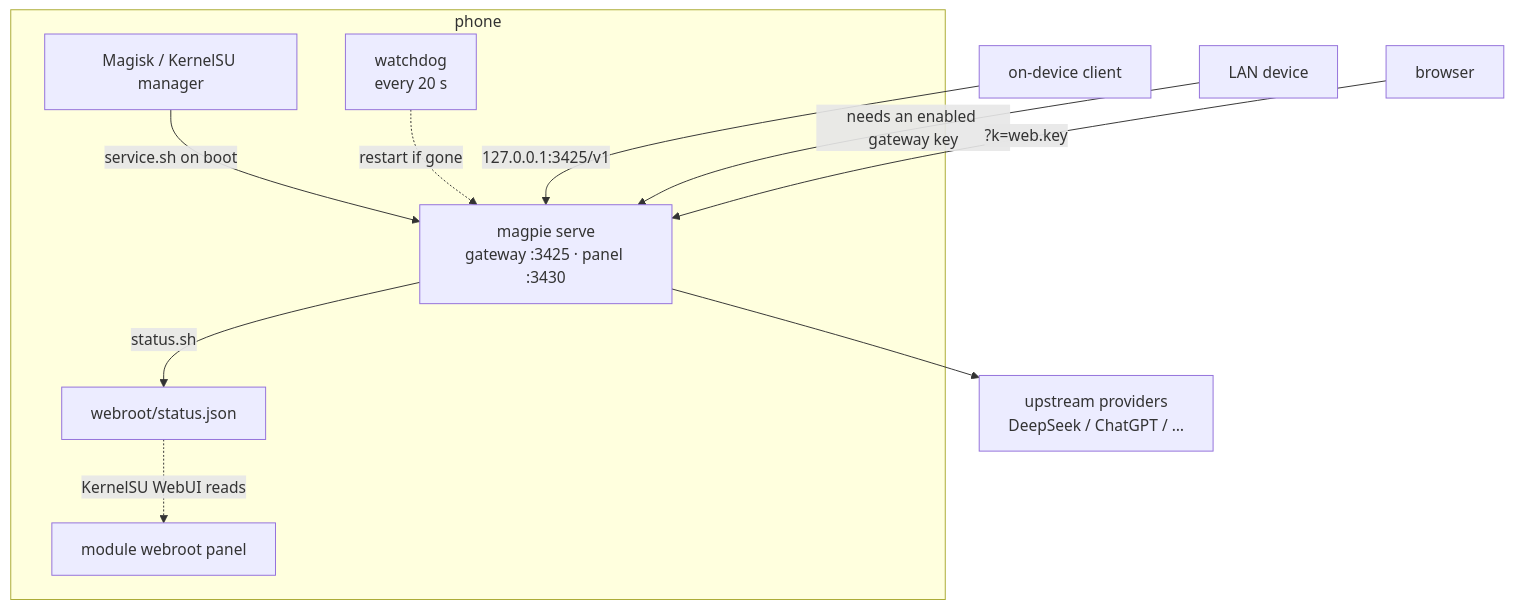
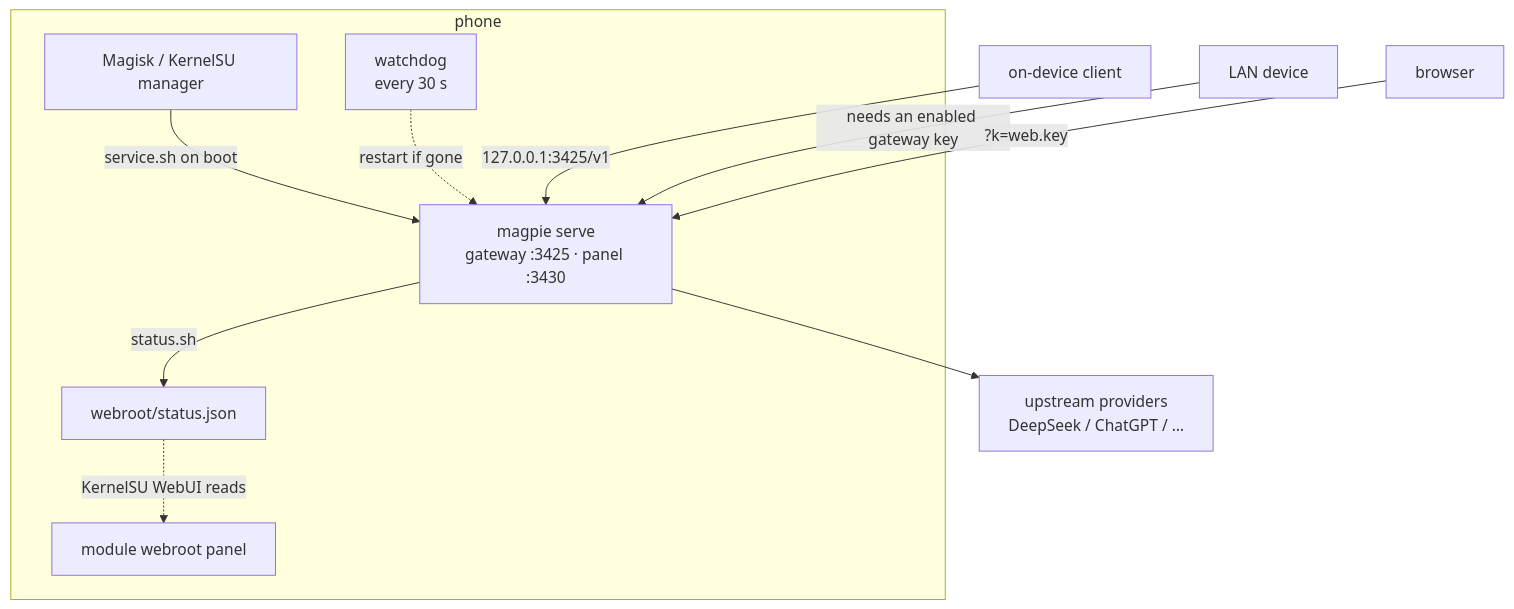
Before and after one commit to KANGKKKKKKK/magpie-magisk: the diagram in README_EN.md, drawn with Mermaid. The commit also changed other lines of this file and 23 other files, not shown here.

````diff
--- a/README_EN.md
+++ b/README_EN.md
@@ -540,13 +557,13 @@
 ```mermaid
 flowchart TD
   subgraph phone["phone"]
     MGR["Magisk / KernelSU manager"] -->|"service.sh on boot"| SVC["magpie serve<br/>gateway :3425 · panel :3430"]
-    WD["watchdog<br/>every 20 s"] -.->|"restart if gone"| SVC
+    WD["watchdog<br/>every 30 s"] -.->|"restart if gone"| SVC
     SVC -->|"status.sh"| SJ["webroot/status.json"]
     SJ -.->|"KernelSU WebUI reads"| WP["module webroot panel"]
   end
   APP["on-device client"] -->|"127.0.0.1:3425/v1"| SVC
   LAN["LAN device"] -->|"needs an enabled gateway key"| SVC
   BR["browser"] -->|"?k=web.key"| SVC
   SVC --> UP["upstream providers<br/>DeepSeek / ChatGPT / …"]
 ```
````
